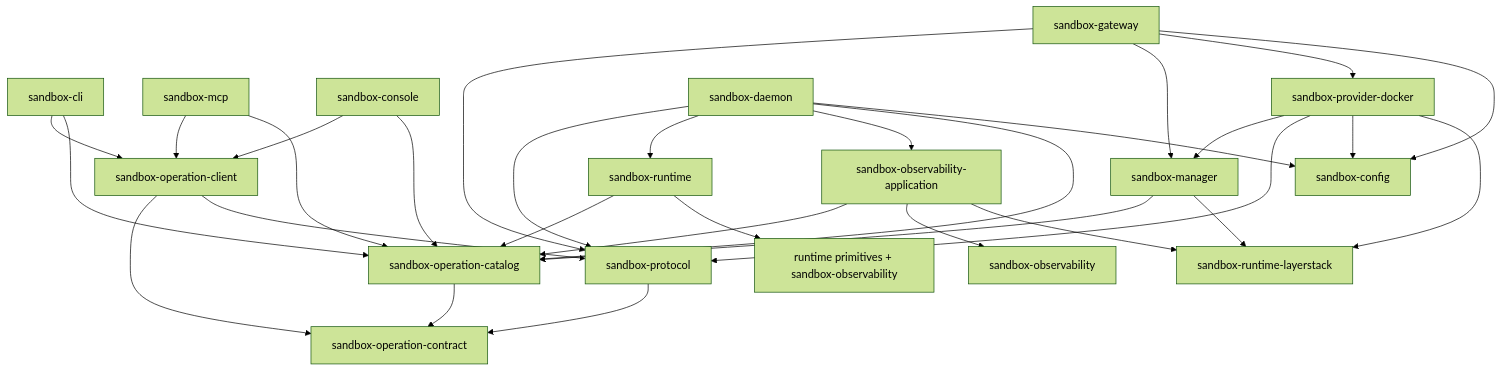
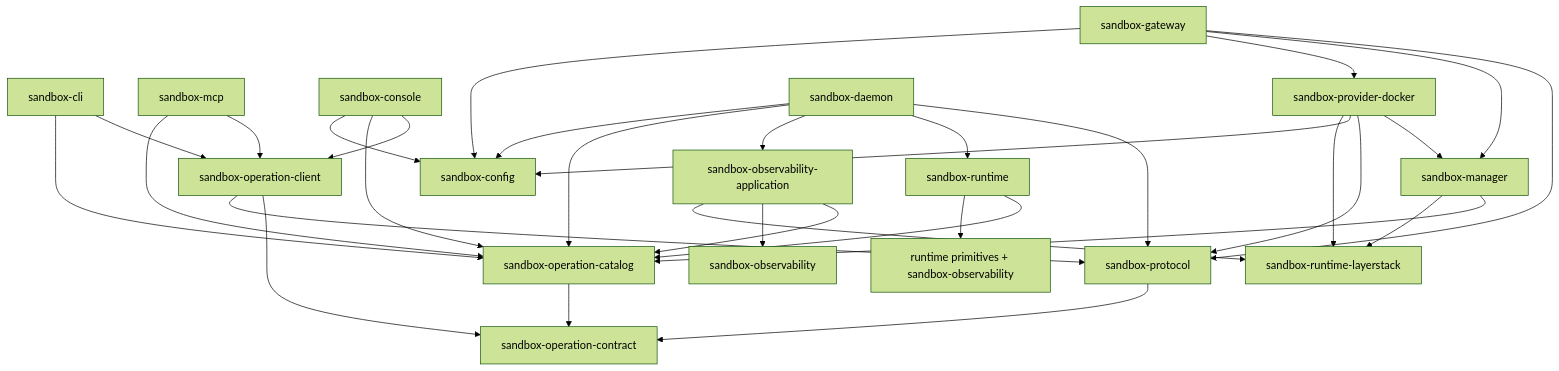
Before and after one commit to Ephemeral-AI-Lab/ephemeral-os: the diagram in docs/obsidian/ephemeral-os/implementation_plan/operation-migration/spec.md, drawn with Mermaid (forest theme). The commit also changed other lines of this file and 43 other files, not shown here.

````diff
--- a/docs/obsidian/ephemeral-os/implementation_plan/operation-migration/spec.md
+++ b/docs/obsidian/ephemeral-os/implementation_plan/operation-migration/spec.md
@@ -413,37 +413,38 @@
 ```mermaid
 flowchart TD
     Contract["sandbox-operation-contract"]
     Catalog["sandbox-operation-catalog"] --> Contract
     Protocol["sandbox-protocol"] --> Contract
     Client["sandbox-operation-client"] --> Contract
     Client --> Protocol
 
     ManagerApp["sandbox-manager"] --> Catalog
     ManagerApp --> Layerstack["sandbox-runtime-layerstack"]
     RuntimeApp["sandbox-runtime"] --> Catalog
     RuntimeApp --> RuntimePrims["runtime primitives + sandbox-observability"]
     ObsApp["sandbox-observability-application"] --> Catalog
     ObsApp --> ObsPrims["sandbox-observability"]
     ObsApp --> Layerstack
 
     CLI["sandbox-cli"] --> Client
     CLI --> Catalog
     MCP["sandbox-mcp"] --> Client
     MCP --> Catalog
     Console["sandbox-console"] --> Client
     Console --> Catalog
+    Console --> Config
 
     Gateway["sandbox-gateway"] --> Protocol
     Gateway --> ManagerApp
     Gateway --> Provider["sandbox-provider-docker"]
     Gateway --> Config["sandbox-config"]
     Daemon["sandbox-daemon"] --> Protocol
     Daemon --> RuntimeApp
     Daemon --> ObsApp
     Daemon --> Catalog
     Daemon --> Config
     Provider --> ManagerApp
     Provider --> Protocol
     Provider --> Config
     Provider --> Layerstack
 ```
````
